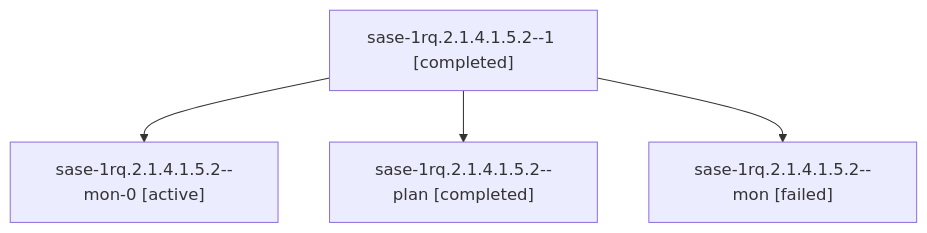
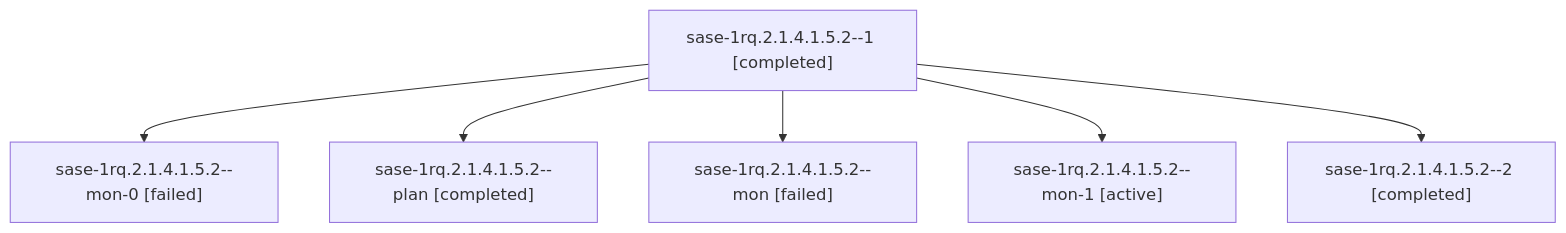
The diagram in sessions/bbugyi200.athena.sase-1rq.2.1.4.1.5.2.md (sase-org/sase--agents), drawn with Mermaid before and after one commit. The commit also changed other lines of this file and 156 other files, not shown here.

````diff
--- a/sessions/bbugyi200.athena.sase-1rq.2.1.4.1.5.2.md
+++ b/sessions/bbugyi200.athena.sase-1rq.2.1.4.1.5.2.md
@@ -9,10 +9,14 @@
 ```mermaid
 flowchart TD
   n0["sase-1rq.2.1.4.1.5.2--1 [completed]"]
-  n1["sase-1rq.2.1.4.1.5.2--mon-0 [active]"]
+  n1["sase-1rq.2.1.4.1.5.2--mon-0 [failed]"]
   n0 --> n1
   n2["sase-1rq.2.1.4.1.5.2--plan [completed]"]
   n0 --> n2
   n3["sase-1rq.2.1.4.1.5.2--mon [failed]"]
   n0 --> n3
+  n4["sase-1rq.2.1.4.1.5.2--mon-1 [active]"]
+  n0 --> n4
+  n5["sase-1rq.2.1.4.1.5.2--2 [completed]"]
+  n0 --> n5
 ```
````
